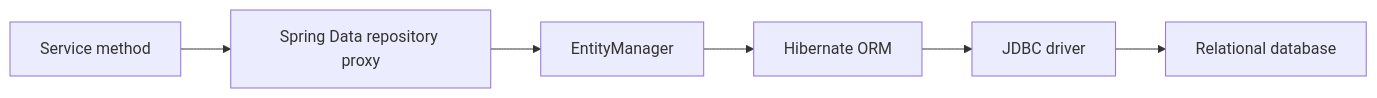
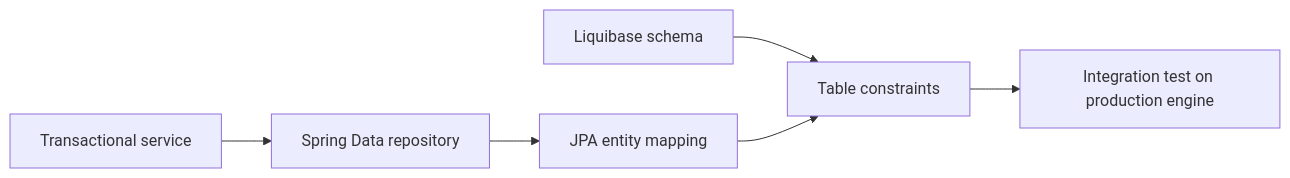
Before and after one commit to taukhir/shopverse: the diagram in documentation/docs/spring/jpa/JPA-BASICS-ENTITY-MAPPING.md, drawn with Mermaid. The commit also changed other lines of this file and 4530 other files, not shown here.

Commit message:
Refactor shopverse storefront and refresh UI flows

````diff
--- a/documentation/docs/spring/jpa/JPA-BASICS-ENTITY-MAPPING.md
+++ b/documentation/docs/spring/jpa/JPA-BASICS-ENTITY-MAPPING.md
@@ -13,8 +28,8 @@
 ```mermaid
 flowchart LR
-    Caller["Service method"] --> Proxy["Spring Data repository proxy"]
-    Proxy --> EM["EntityManager"]
-    EM --> Hibernate["Hibernate ORM"]
-    Hibernate --> JDBC["JDBC driver"]
-    JDBC --> DB["Relational database"]
+    Migration["Liquibase schema"] --> Contract["Table constraints"]
+    Entity["JPA entity mapping"] --> Contract
+    Repository["Spring Data repository"] --> Entity
+    Service["Transactional service"] --> Repository
+    Contract --> Evidence["Integration test on production engine"]
 ```
````
